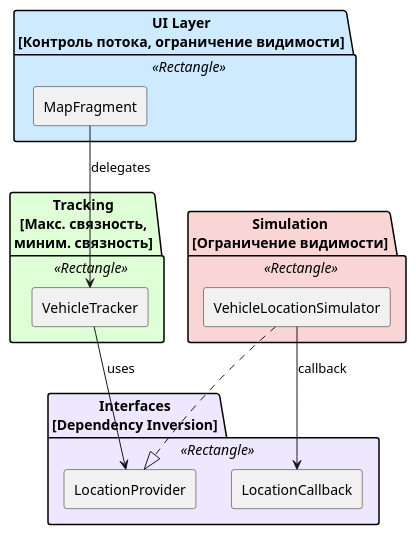
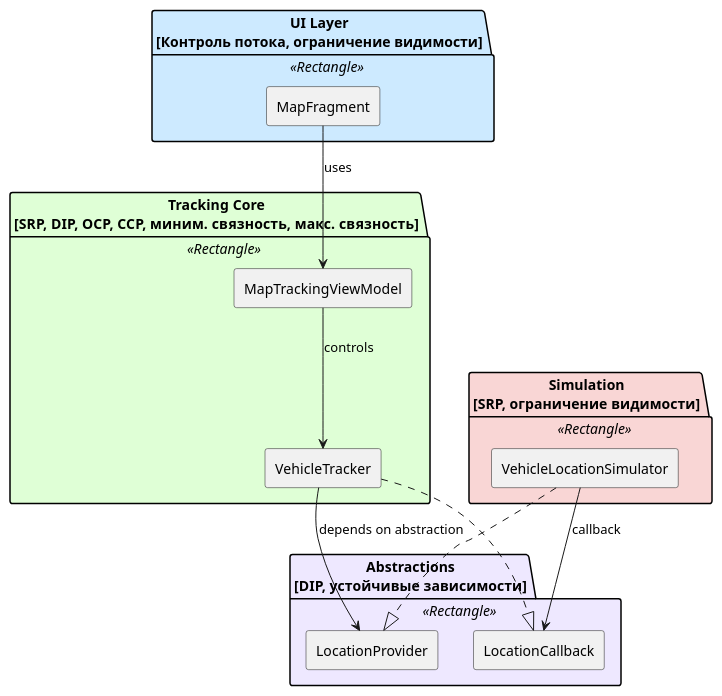
The diagram in app/src/main/java/com/example/vehicletracking/fragments/components.puml (seruyvodoley/vehicle_tracking), drawn with PlantUML before and after one commit. The commit also changed 9 other files, not shown here.

```diff
--- a/app/src/main/java/com/example/vehicletracking/fragments/components.puml
+++ b/app/src/main/java/com/example/vehicletracking/fragments/components.puml
@@ -1,41 +1,44 @@
 @startuml
 
 skinparam componentStyle rectangle
 skinparam defaultTextAlignment center
 
 ' ==== Цветовая схема ====
 ' #CDEAFF – UI слой (Fragments)
-' #DFFFD6 – Трекинг / Контроль
-' #F9D6D5 – Симуляция (данные, генерация координат)
-' #EEE8FF – Абстракции / Интерфейсы
+' #DFFFD6 – Tracking Core (логика трекинга)
+' #F9D6D5 – Simulation (генерация координат)
+' #EEE8FF – Abstractions (интерфейсы и контракты)
 
 ' ==== UI Layer ====
 package "UI Layer\n[Контроль потока, ограничение видимости]" <<Rectangle>> #CDEAFF {
   [MapFragment]
 }
 
-' ==== Tracking Logic ====
-package "Tracking\n[Макс. связность,\nминим. связность]" <<Rectangle>> #DFFFD6 {
+' ==== Tracking Core ====
+package "Tracking Core\n[SRP, DIP, OCP, CCP, миним. связность, макс. связность]" <<Rectangle>> #DFFFD6 {
   [VehicleTracker]
+  [MapTrackingViewModel]
 }
 
-' ==== Simulation ====
-package "Simulation\n[Ограничение видимости]" <<Rectangle>> #F9D6D5 {
+' ==== Simulation Layer ====
+package "Simulation\n[SRP, ограничение видимости]" <<Rectangle>> #F9D6D5 {
   [VehicleLocationSimulator]
 }
 
-' ==== Interfaces ====
-package "Interfaces\n[Dependency Inversion]" <<Rectangle>> #EEE8FF {
+' ==== Abstractions Layer ====
+package "Abstractions\n[DIP, устойчивые зависимости]" <<Rectangle>> #EEE8FF {
   [LocationProvider]
   [LocationCallback]
 }
 
 ' ==== Directed Dependencies ====
-[MapFragment] --> [VehicleTracker] : delegates
-[VehicleTracker] --> [LocationProvider] : uses
+[MapFragment] --> [MapTrackingViewModel] : uses
+[MapTrackingViewModel] --> [VehicleTracker] : controls
+[VehicleTracker] --> [LocationProvider] : depends on abstraction
 [VehicleLocationSimulator] --> [LocationCallback] : callback
 
 ' ==== Interface Implementation ====
 [VehicleLocationSimulator] ..|> [LocationProvider]
+[VehicleTracker] ..|> [LocationCallback]
 
 @enduml
```
